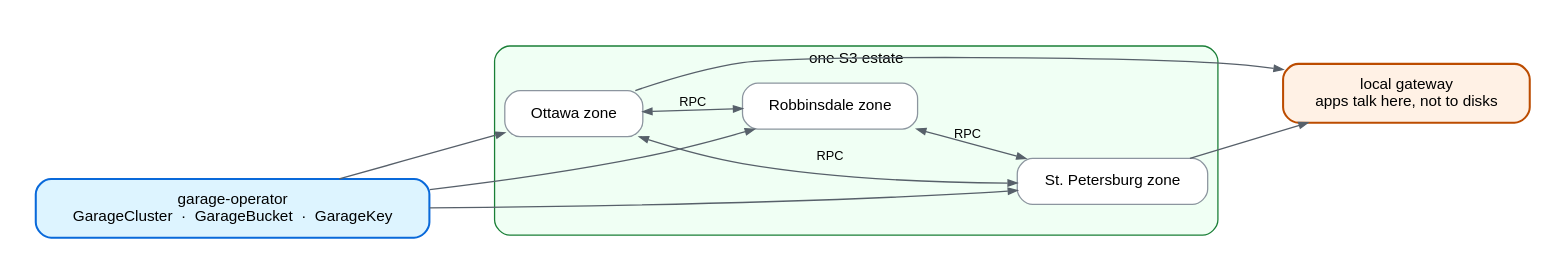
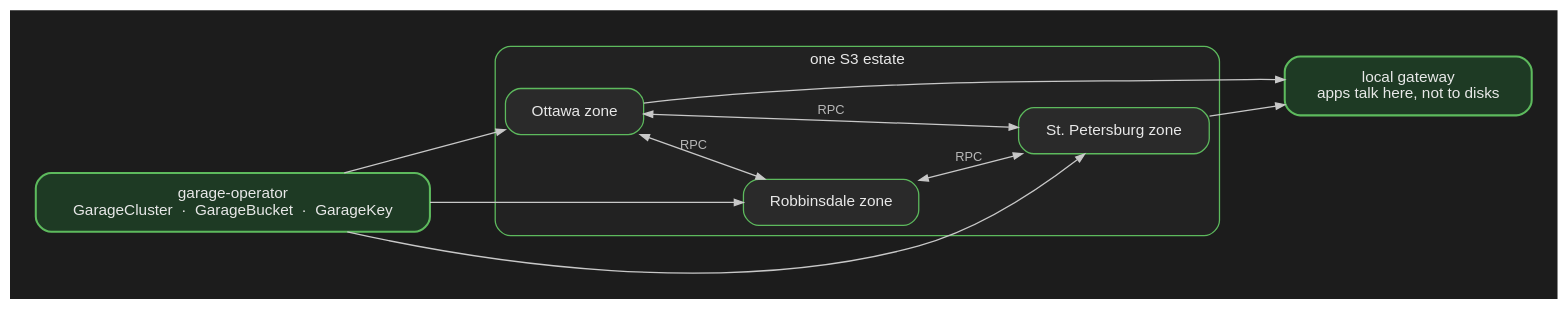
One commit to rajsinghtech/portfolio changed the diagram in content/post/self-hosting-an-ai-cdn/garage.dot. Above: the diagram before and after it, drawn with Graphviz. The commit also changed 29 other files, not shown here.

First line of the commit message:
Dark-mode diagrams, city map cover, plus CNPG and Kopiur

```diff
--- a/content/post/self-hosting-an-ai-cdn/garage.dot
+++ b/content/post/self-hosting-an-ai-cdn/garage.dot
@@ -1,37 +1,37 @@
 digraph garage {
   graph [
-    rankdir=LR, splines=spline, bgcolor="#ffffff",
-    fontname="Helvetica", fontsize=12, pad=0.28, nodesep=0.45, ranksep=0.8
+    rankdir=LR, splines=spline, bgcolor="#1c1c1c",
+    fontname="Helvetica", fontsize=12, pad=0.28, nodesep=0.45, ranksep=0.8,
+    fontcolor="#e8e8e8"
   ];
   node [fontname="Helvetica", fontsize=12, shape=box, style="filled,rounded",
-        fillcolor="#ffffff", color="#8c959f", margin="0.22,0.14"];
-  edge [fontname="Helvetica", fontsize=10, color="#57606a", arrowsize=0.7];
+        fillcolor="#2a2a2a", color="#5dba5d", fontcolor="#e8e8e8", margin="0.22,0.14"];
+  edge [fontname="Helvetica", fontsize=10, color="#c8c8c8", fontcolor="#b8b8b8", arrowsize=0.7];
 
   op [
     label="garage-operator\nGarageCluster  ·  GarageBucket  ·  GarageKey",
-    fillcolor="#ddf4ff", color="#0969da", penwidth=1.6
+    fillcolor="#1e3a24", color="#5dba5d", penwidth=1.6
   ];
 
   subgraph cluster_estate {
     label="one S3 estate";
-    style="rounded,filled"; fillcolor="#f0fff4"; color="#1a7f37"; fontsize=12;
+    style="rounded,filled"; fillcolor="#222222"; color="#5dba5d"; fontsize=12; fontcolor="#e8e8e8";
     ot [label="Ottawa zone"];
     rb [label="Robbinsdale zone"];
     sp [label="St. Petersburg zone"];
     ot -> rb [dir=both, label="RPC"];
     ot -> sp [dir=both, label="RPC"];
     rb -> sp [dir=both, label="RPC"];
   }
 
   gw [
     label="local gateway\napps talk here, not to disks",
-    fillcolor="#fff1e5", color="#bc4c00", penwidth=1.6
+    fillcolor="#1e3a24", color="#5dba5d", penwidth=1.6
   ];
 
   op -> ot;
   op -> rb;
   op -> sp;
   ot -> gw;
-  rb -> gw [style=invis];
   sp -> gw;
 }
```
